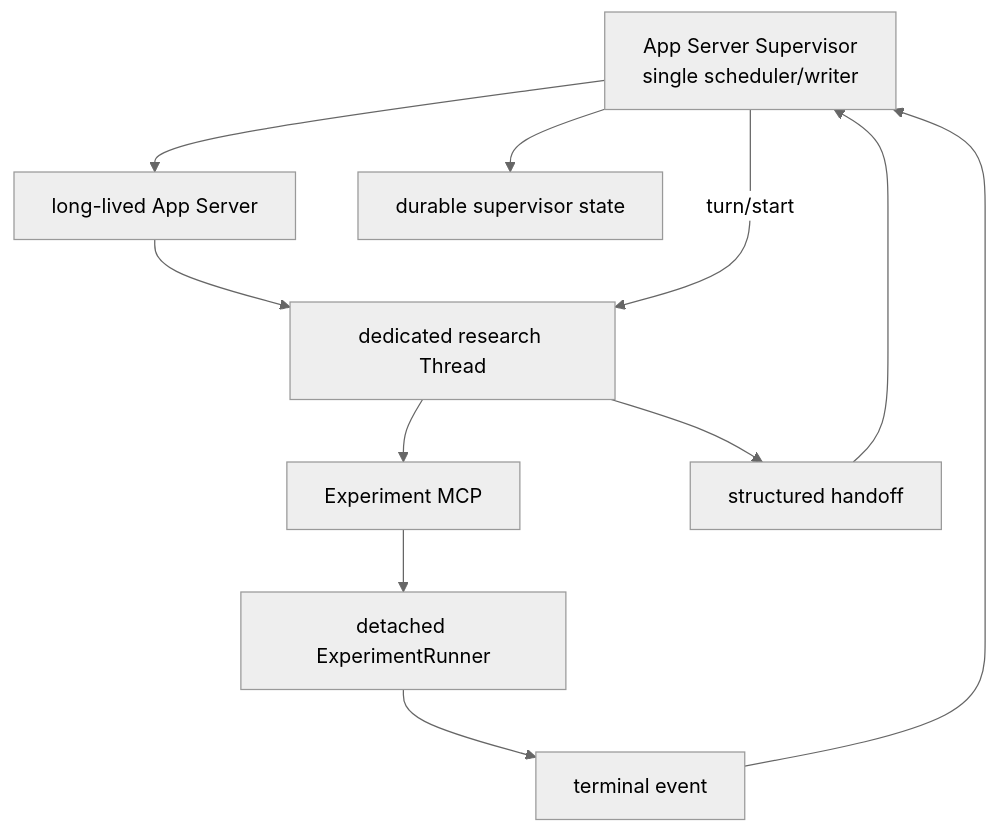
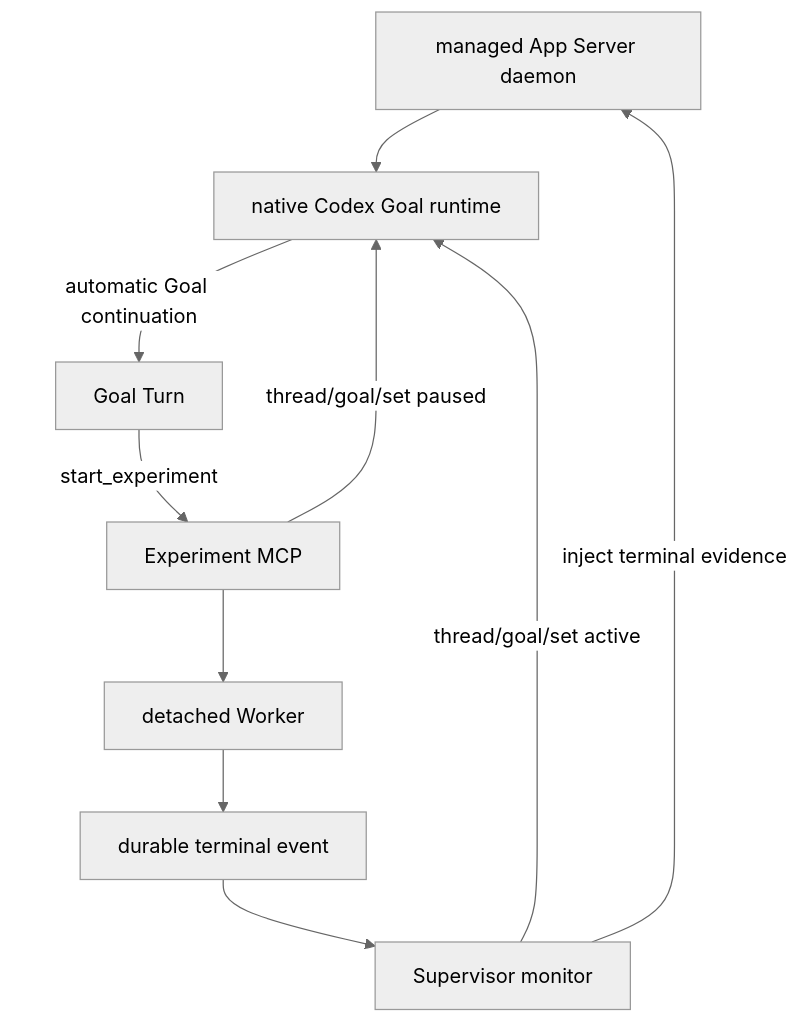
The diagram in README.md (dollarser/codex-auto-research), drawn with Mermaid (neutral theme) before and after one commit. The commit also changed other lines of this file and 10 other files, not shown here.

Commit message:
feat: run research on native app server goals

````diff
--- a/README.md
+++ b/README.md
@@ -12,13 +9,12 @@
 ```mermaid
 flowchart TD
-    S["App Server Supervisor<br/>single scheduler/writer"] --> A["long-lived App Server"]
-    A --> T["dedicated research Thread"]
-    S --> D["durable supervisor state"]
-    T --> M["Experiment MCP"]
-    M --> R["detached ExperimentRunner"]
-    R --> E["terminal event"]
-    E --> S
-    T --> H["structured handoff"]
-    H --> S
-    S -->|"turn/start"| T
+    D["managed App Server daemon"] --> G["native Codex Goal runtime"]
+    G -->|"automatic Goal continuation"| T["Goal Turn"]
+    T -->|"start_experiment"| M["Experiment MCP"]
+    M -->|"thread/goal/set paused"| G
+    M --> W["detached Worker"]
+    W --> E["durable terminal event"]
+    E --> S["Supervisor monitor"]
+    S -->|"inject terminal evidence"| D
+    S -->|"thread/goal/set active"| G
 ```
````
